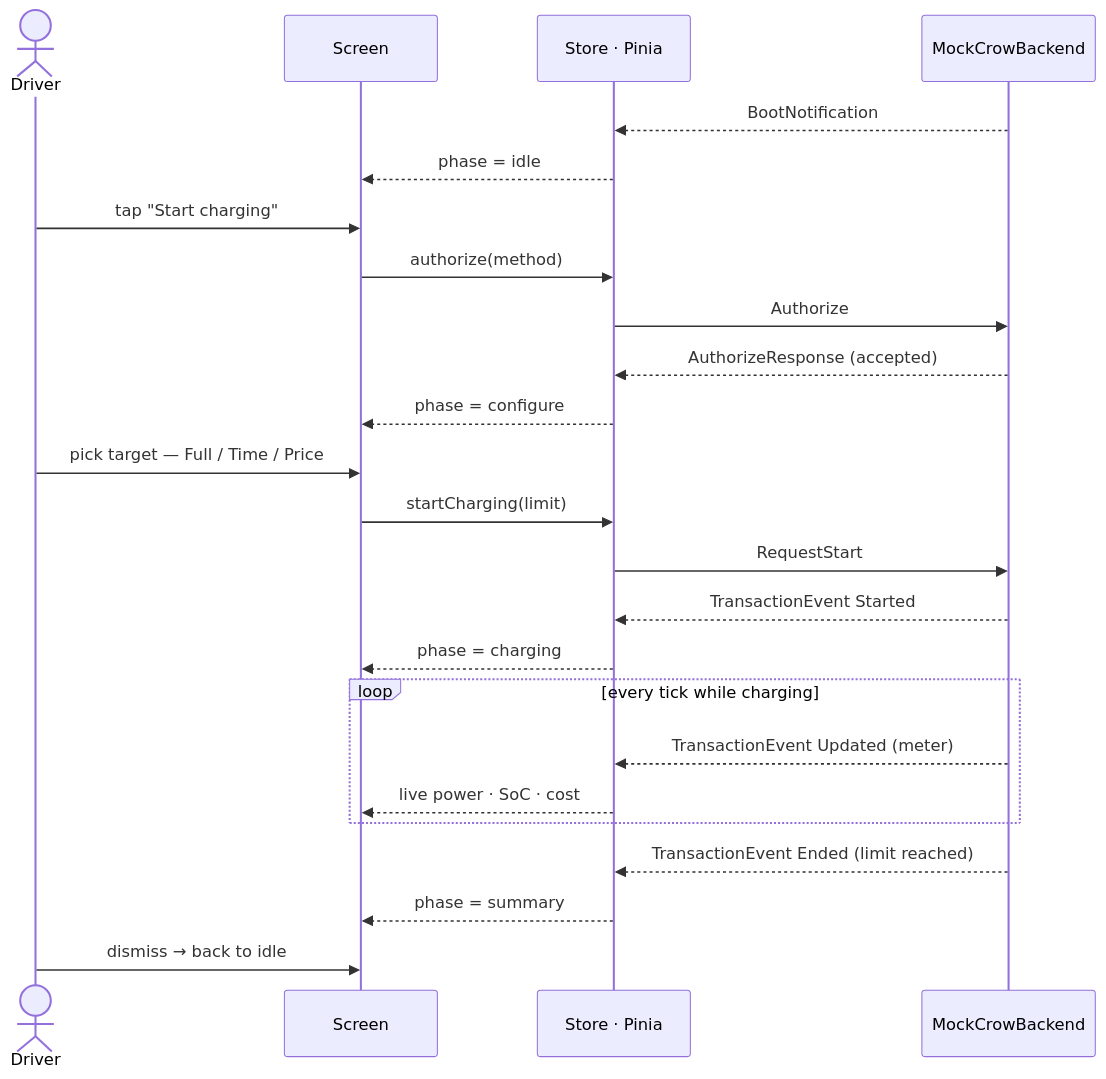
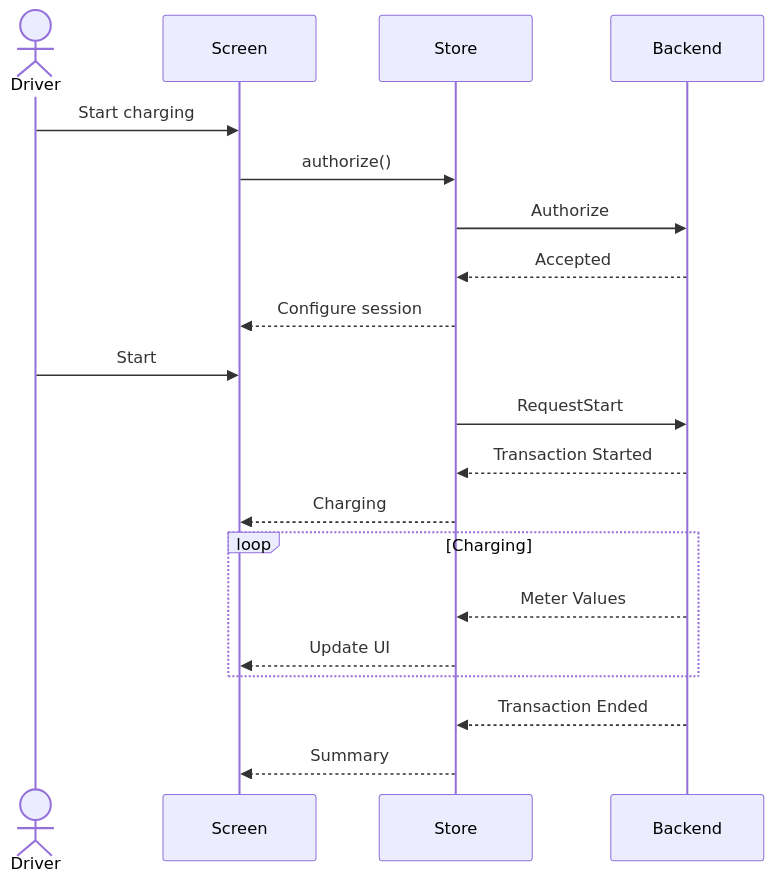
The third of 3 diagrams in README.md (FlorianBohrer/charger-interface-demo), drawn with Mermaid before and after one commit. The commit also changed other lines of this file, not shown here.

````diff
--- a/README.md
+++ b/README.md
@@ -82,31 +117,22 @@
 ```mermaid
 sequenceDiagram
     actor Driver
     participant Screen
-    participant Store as Store · Pinia
-    participant Backend as MockCrowBackend
-
-    Backend-->>Store: BootNotification
-    Store-->>Screen: phase = idle
-
-    Driver->>Screen: tap "Start charging"
-    Screen->>Store: authorize(method)
+    participant Store
+    participant Backend
+    Driver->>Screen: Start charging
+    Screen->>Store: authorize()
     Store->>Backend: Authorize
-    Backend-->>Store: AuthorizeResponse (accepted)
-    Store-->>Screen: phase = configure
-
-    Driver->>Screen: pick target — Full / Time / Price
-    Screen->>Store: startCharging(limit)
+    Backend-->>Store: Accepted
+    Store-->>Screen: Configure session
+    Driver->>Screen: Start
     Store->>Backend: RequestStart
-    Backend-->>Store: TransactionEvent Started
-    Store-->>Screen: phase = charging
-
-    loop every tick while charging
-        Backend-->>Store: TransactionEvent Updated (meter)
-        Store-->>Screen: live power · SoC · cost
+    Backend-->>Store: Transaction Started
+    Store-->>Screen: Charging
+    loop Charging
+        Backend-->>Store: Meter Values
+        Store-->>Screen: Update UI
     end
-
-    Backend-->>Store: TransactionEvent Ended (limit reached)
-    Store-->>Screen: phase = summary
-    Driver->>Screen: dismiss → back to idle
+    Backend-->>Store: Transaction Ended
+    Store-->>Screen: Summary
 ```
````
